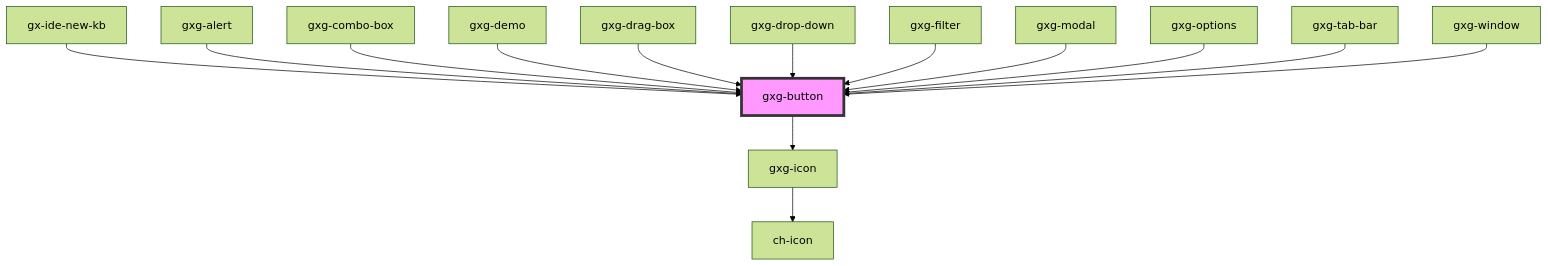
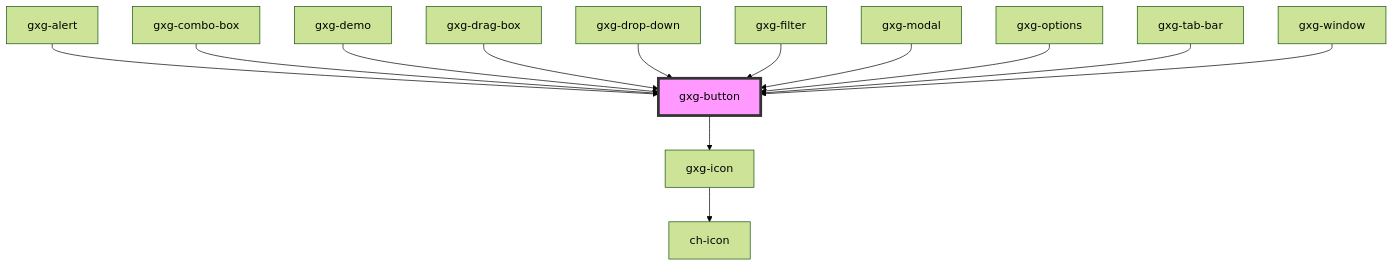
Before and after one commit to genexuslabs/gemini: the diagram in src/components/button/readme.md, drawn with Mermaid (forest theme). The commit also changed other lines of this file and 59 other files, not shown here.

````diff
--- a/src/components/button/readme.md
+++ b/src/components/button/readme.md
@@ -62,17 +61,16 @@
 ```mermaid
 graph TD;
   gxg-button --> gxg-icon
   gxg-icon --> ch-icon
-  gx-ide-new-kb --> gxg-button
   gxg-alert --> gxg-button
   gxg-combo-box --> gxg-button
   gxg-demo --> gxg-button
   gxg-drag-box --> gxg-button
   gxg-drop-down --> gxg-button
   gxg-filter --> gxg-button
   gxg-modal --> gxg-button
   gxg-options --> gxg-button
   gxg-tab-bar --> gxg-button
   gxg-window --> gxg-button
   style gxg-button fill:#f9f,stroke:#333,stroke-width:4px
 ```
````
